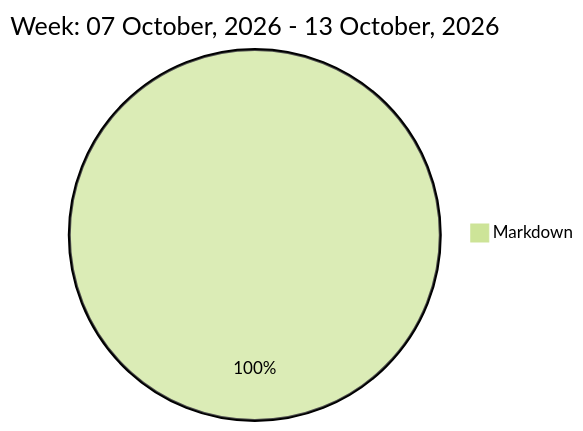
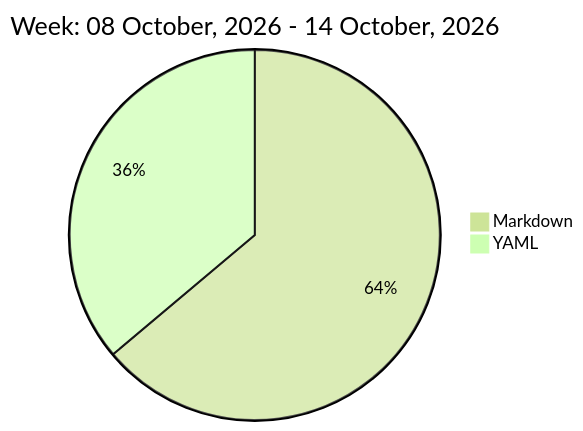
The diagram in README.md (liubin95/liubin95), drawn with Mermaid (forest theme) before and after one commit.

Commit message:
Updated the Graph with new Metrics

````diff
--- a/README.md
+++ b/README.md
@@ -32,5 +32,6 @@
 ```mermaid
  pie
-title Week: 07 October, 2026 - 13 October, 2026
- "Markdown" : 2.65
+title Week: 08 October, 2026 - 14 October, 2026
+ "Markdown" : 4.33
+ "YAML" : 2.45
 ```
````
